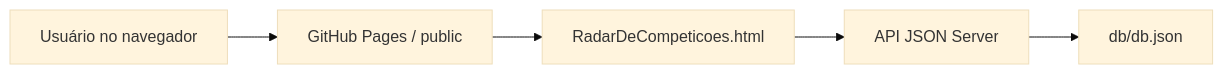
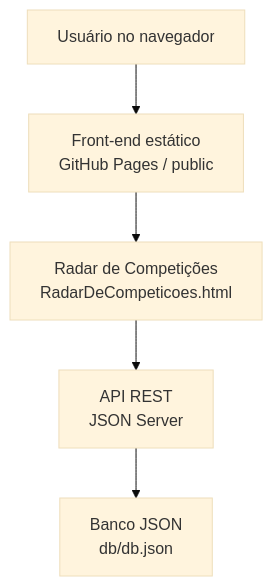
One commit to CFSJCODE/HUB_Da_Robotica changed the diagram in README.md. Above: the diagram before and after it, drawn with Mermaid (base theme).

Commit message:
Fix README architecture diagram layout

````diff
--- a/README.md
+++ b/README.md
@@ -36,7 +36,13 @@
 ```mermaid
-flowchart LR
-    A["Usuário no navegador"] --> B["GitHub Pages / public"]
-    B --> C["RadarDeCompeticoes.html"]
-    C --> D["API JSON Server"]
-    D --> E["db/db.json"]
+flowchart TD
+    A["Usuário no navegador"]
+    B["Front-end estático<br/>GitHub Pages / public"]
+    C["Radar de Competições<br/>RadarDeCompeticoes.html"]
+    D["API REST<br/>JSON Server"]
+    E["Banco JSON<br/>db/db.json"]
+
+    A --> B
+    B --> C
+    C --> D
+    D --> E
 ```
````
